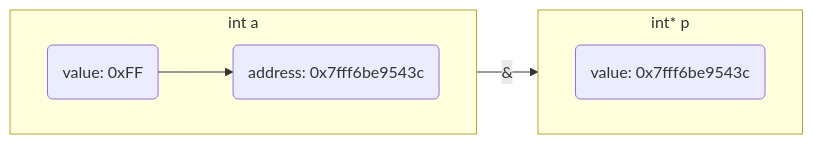
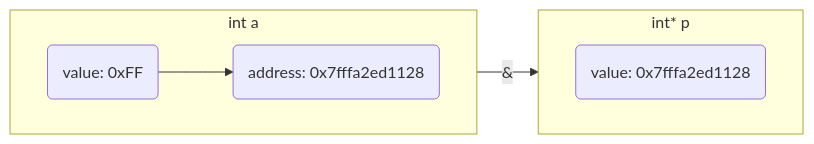
Before and after one commit to dmjcb/dmjcb.github.io: the first of 11 diagrams in _posts/language/c_c++/pointer/2022-01-08-指针.md, drawn with Mermaid. The commit also changed other lines of this file and 53 other files, not shown here.

````diff
--- a/_posts/language/c_c++/pointer/2022-01-08-指针.md
+++ b/_posts/language/c_c++/pointer/2022-01-08-指针.md
@@ -33,12 +33,12 @@
 ```mermaid
 graph LR;
     subgraph S1[int a]
         direction LR
-        V2(value: 0xFF)-->A2(address: 0x7fff6be9543c)
+        V2(value: 0xFF)-->A2(address: 0x7fffa2ed1128)
     end
     subgraph S2[int* p]
         direction LR
-        V1(value: 0x7fff6be9543c)
+        V1(value: 0x7fffa2ed1128)
     end
     A2--"&"-->S2
 ```
````
